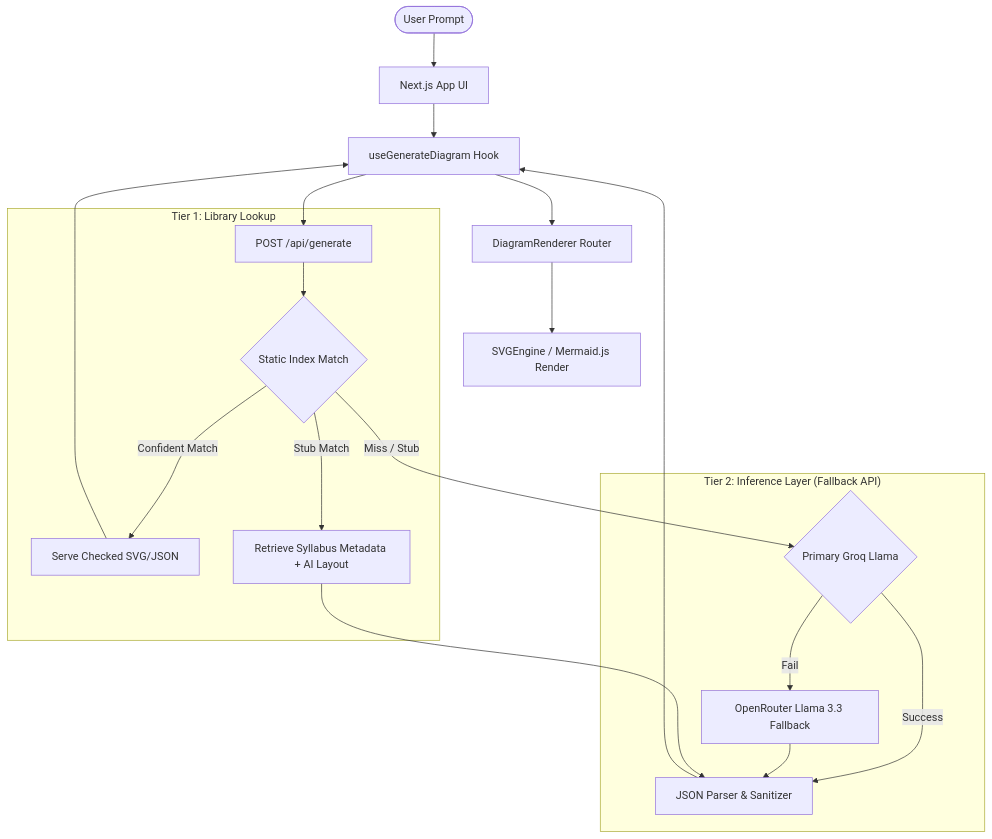
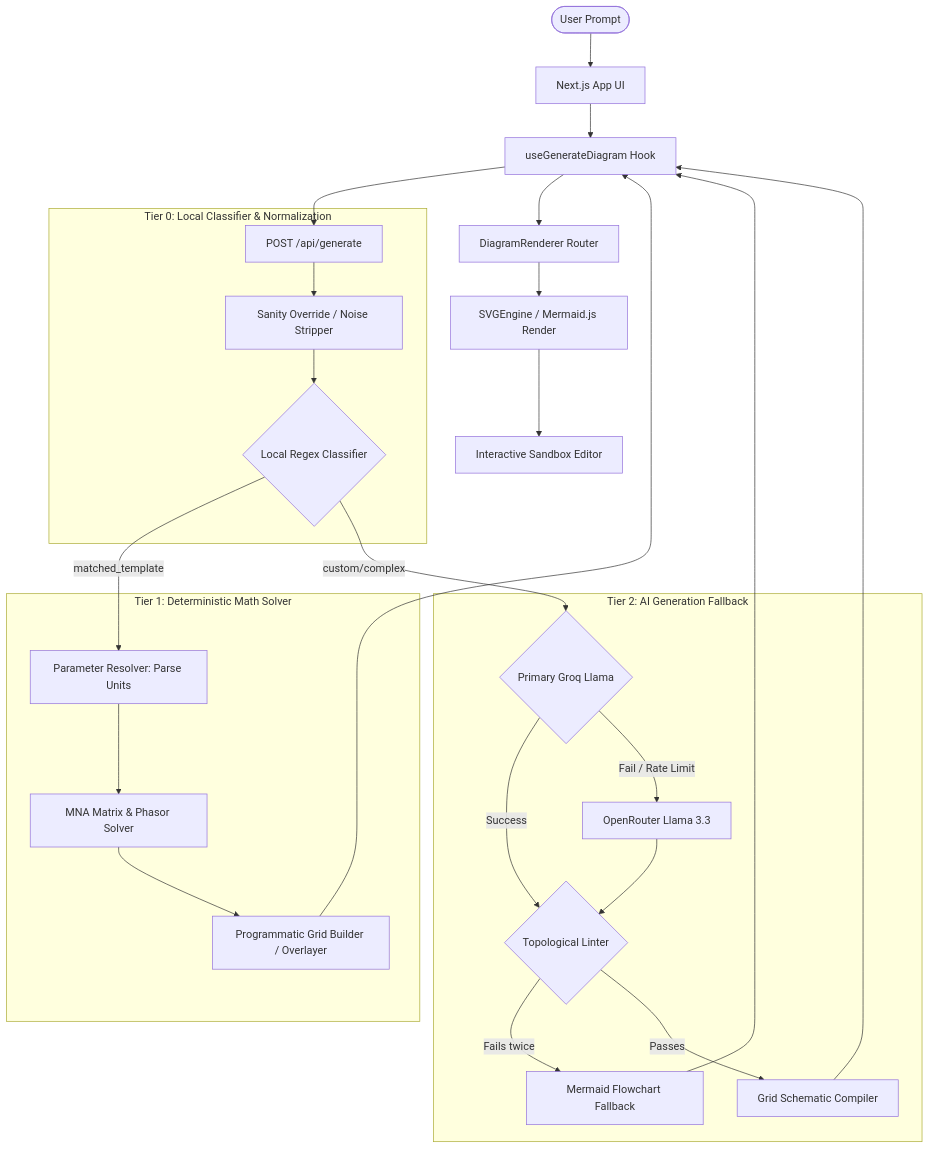
The diagram in README.md (TechWithAkash/diagram-ai), drawn with Mermaid before and after one commit. The commit also changed other lines of this file, not shown here.

````diff
--- a/README.md
+++ b/README.md
@@ -121,25 +59,34 @@
 ```mermaid
 graph TD
   User([User Prompt]) --> UI[Next.js App UI]
   UI --> Hook[useGenerateDiagram Hook]
   Hook --> API[POST /api/generate]
   
-  subgraph T1 ["Tier 1: Library Lookup"]
-    API --> Library{Static Index Match}
-    Library -- Confident Match --> ReturnLib[Serve Checked SVG/JSON]
-    Library -- Stub Match --> AI_Coord[Retrieve Syllabus Metadata + AI Layout]
+  subgraph T0 ["Tier 0: Local Classifier & Normalization"]
+    API --> Override[Sanity Override / Noise Stripper]
+    Override --> Classify{Local Regex Classifier}
   end
 
-  subgraph T2 ["Tier 2: Inference Layer (Fallback API)"]
-    Library -- Miss / Stub --> Groq{Primary Groq Llama}
-    Groq -- Success --> Parse[JSON Parser & Sanitizer]
-    Groq -- Fail --> OpenRouter[OpenRouter Llama 3.3 Fallback]
-    OpenRouter --> Parse
+  subgraph T1 ["Tier 1: Deterministic Math Solver"]
+    Classify -- matched_template --> Resolver[Parameter Resolver: Parse Units]
+    Resolver --> Solver[MNA Matrix & Phasor Solver]
+    Solver --> Overlay[Programmatic Grid Builder / Overlayer]
   end
 
-  ReturnLib --> Hook
-  AI_Coord --> Parse
-  Parse --> Hook
+  subgraph T2 ["Tier 2: AI Generation Fallback"]
+    Classify -- custom/complex --> LLM_Inference{Primary Groq Llama}
+    LLM_Inference -- Success --> Linter{Topological Linter}
+    LLM_Inference -- Fail / Rate Limit --> OpenRouter[OpenRouter Llama 3.3]
+    OpenRouter --> Linter
+    
+    Linter -- Fails twice --> MermaidGraph[Mermaid Flowchart Fallback]
+    Linter -- Passes --> Compile[Grid Schematic Compiler]
+  end
+
+  Overlay --> Hook
+  Compile --> Hook
+  MermaidGraph --> Hook
   Hook --> Renderer[DiagramRenderer Router]
   Renderer --> SVG[SVGEngine / Mermaid.js Render]
+  SVG --> Sandbox[Interactive Sandbox Editor]
 ```
````
